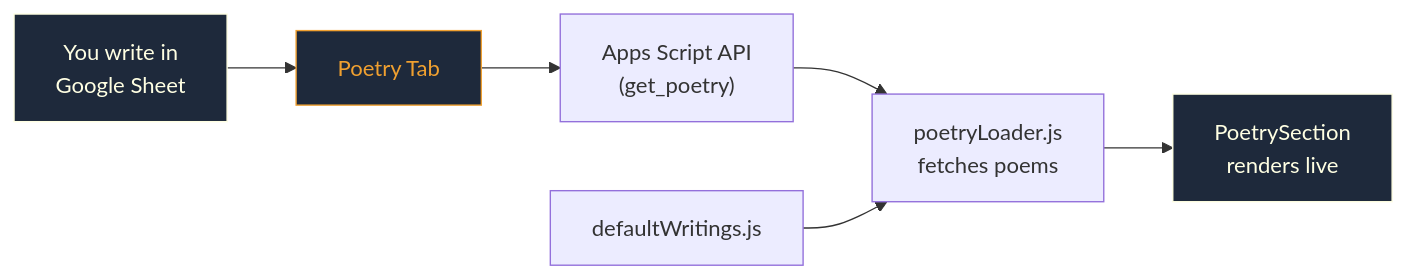
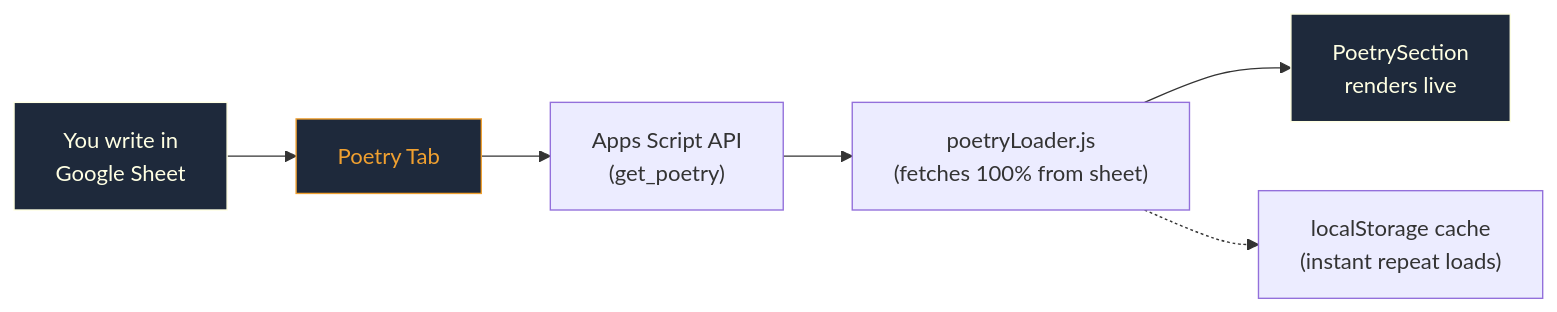
One commit to hiijitesh/hiijitesh.github.io changed the diagram in poetry_cms_setup.md. Above: the diagram before and after it, drawn with Mermaid. The commit also changed other lines of this file and 7 other files, not shown here.

Commit message:
refactor: remove hardcoded default writings in favor of 100% Google Sheets data loading

````diff
--- a/poetry_cms_setup.md
+++ b/poetry_cms_setup.md
@@ -9,11 +9,11 @@
 ```mermaid
 graph LR
   A["You write in<br/>Google Sheet"] --> B["Poetry Tab"]
   B --> C["Apps Script API<br/>(get_poetry)"]
-  C --> D["poetryLoader.js<br/>fetches poems"]
+  C --> D["poetryLoader.js<br/>(fetches 100% from sheet)"]
   D --> E["PoetrySection<br/>renders live"]
-  F["defaultWritings.js"] --> D
+  D -.-> F["localStorage cache<br/>(instant repeat loads)"]
   style A fill:#1e293b,stroke:#ffffe3,color:#ffffe3
   style B fill:#1e293b,stroke:#f0a030,color:#f0a030
   style E fill:#1e293b,stroke:#ffffe3,color:#ffffe3
 ```
````
